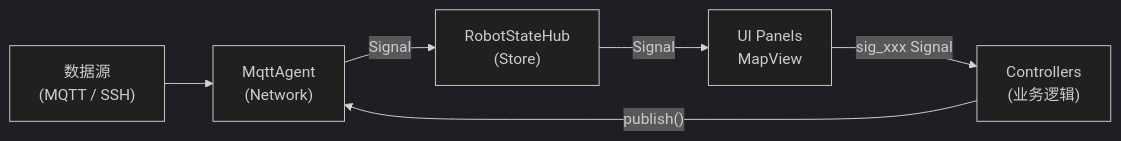
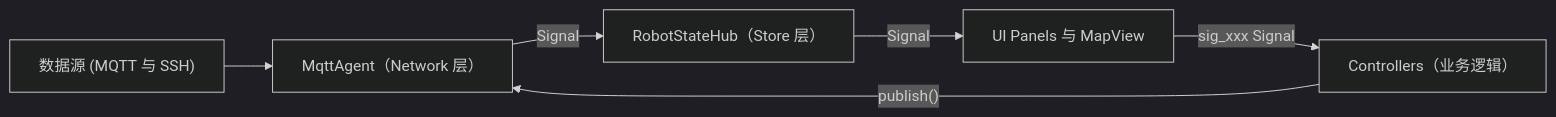
The second of 2 diagrams in docs/modules/architecture/system_overview.md (RyanXu-pop/robotPannel), drawn with Mermaid (dark theme) before and after one commit. The commit also changed other lines of this file and 6 other files, not shown here.

First line of the commit message:
fix(docs): fix Mermaid syntax and normalize table formatting

````diff
--- a/docs/modules/architecture/system_overview.md
+++ b/docs/modules/architecture/system_overview.md
@@ -45,8 +45,8 @@
 ```mermaid
 graph LR
-    DS["数据源<br/>(MQTT / SSH)"] --> MA["MqttAgent<br/>(Network)"]
-    MA -- "Signal" --> RSH["RobotStateHub<br/>(Store)"]
-    RSH -- "Signal" --> UI["UI Panels<br/>MapView"]
-    UI -- "sig_xxx Signal" --> CTRL["Controllers<br/>(业务逻辑)"]
+    DS["数据源 (MQTT 与 SSH)"] --> MA["MqttAgent（Network 层）"]
+    MA -- "Signal" --> RSH["RobotStateHub（Store 层）"]
+    RSH -- "Signal" --> UI["UI Panels 与 MapView"]
+    UI -- "sig_xxx Signal" --> CTRL["Controllers（业务逻辑）"]
     CTRL -- "publish()" --> MA
 ```
````
